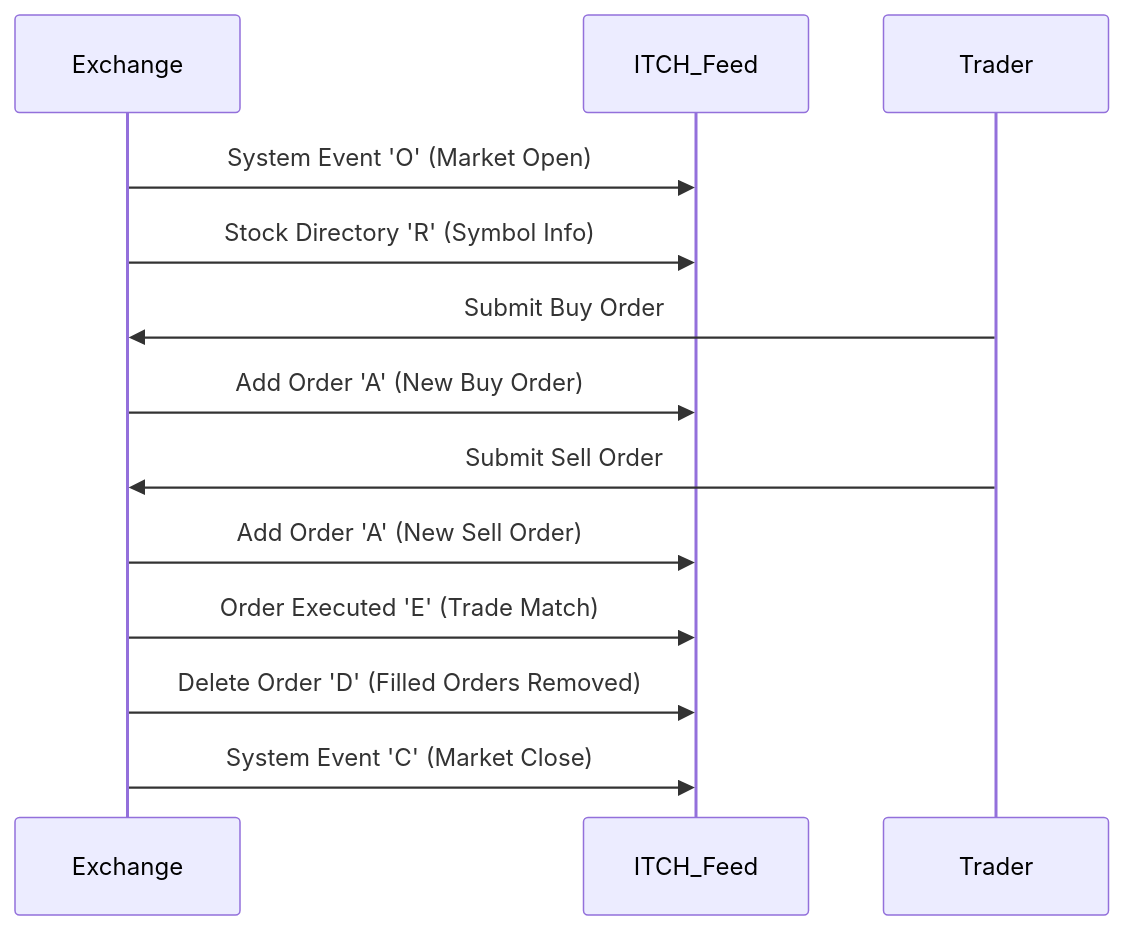
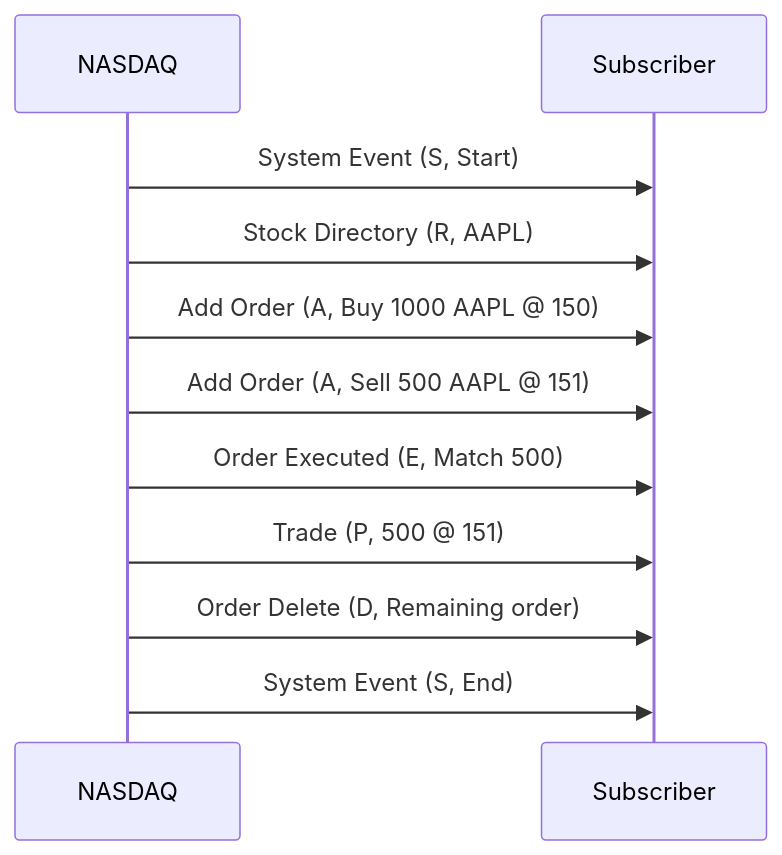
Before and after one commit to VrushankPatel/interview-matters: the diagram in trading/itch-protocol/README.md, drawn with Mermaid. The commit also changed other lines of this file and 16 other files, not shown here.

Commit message:
kb: add 5 topics (fix-protocol, itch-protocol, ouch-protocol, market-data-overview-and-dissemination, order-entry-protocols) + restructure trading into subcategories + update links and root index

````diff
--- a/trading/itch-protocol/README.md
+++ b/trading/itch-protocol/README.md
@@ -70,16 +72,14 @@
 ```mermaid
 sequenceDiagram
-    participant Exchange
-    participant ITCH_Feed
-    participant Trader
+    participant N as NASDAQ
+    participant S as Subscriber
 
-    Exchange->>ITCH_Feed: System Event 'O' (Market Open)
-    Exchange->>ITCH_Feed: Stock Directory 'R' (Symbol Info)
-    Trader->>Exchange: Submit Buy Order
-    Exchange->>ITCH_Feed: Add Order 'A' (New Buy Order)
-    Trader->>Exchange: Submit Sell Order
-    Exchange->>ITCH_Feed: Add Order 'A' (New Sell Order)
-    Exchange->>ITCH_Feed: Order Executed 'E' (Trade Match)
-    Exchange->>ITCH_Feed: Delete Order 'D' (Filled Orders Removed)
-    Exchange->>ITCH_Feed: System Event 'C' (Market Close)
+    N->>S: System Event (S, Start)
+    N->>S: Stock Directory (R, AAPL)
+    N->>S: Add Order (A, Buy 1000 AAPL @ 150)
+    N->>S: Add Order (A, Sell 500 AAPL @ 151)
+    N->>S: Order Executed (E, Match 500)
+    N->>S: Trade (P, 500 @ 151)
+    N->>S: Order Delete (D, Remaining order)
+    N->>S: System Event (S, End)
 ```
````
